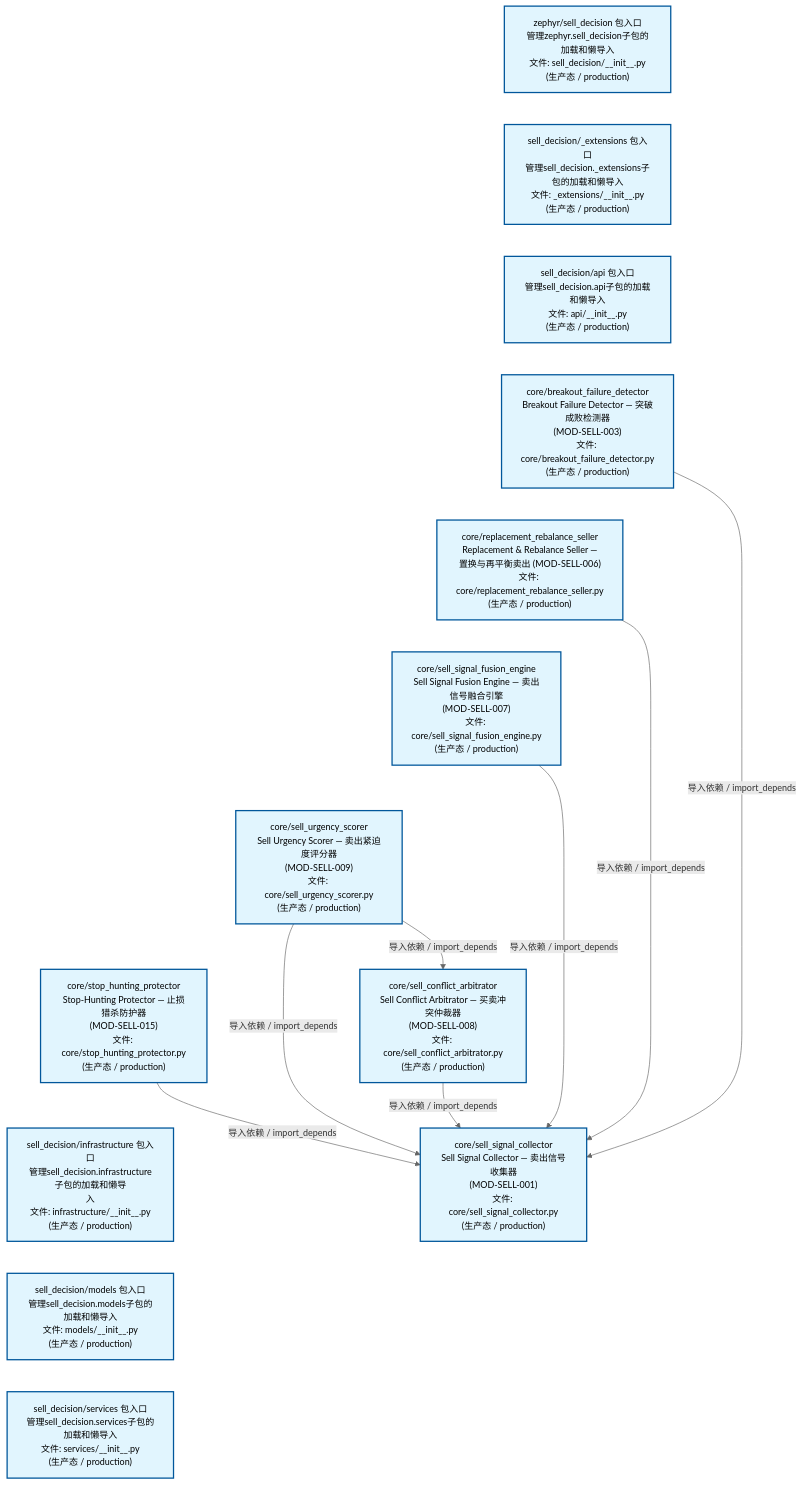
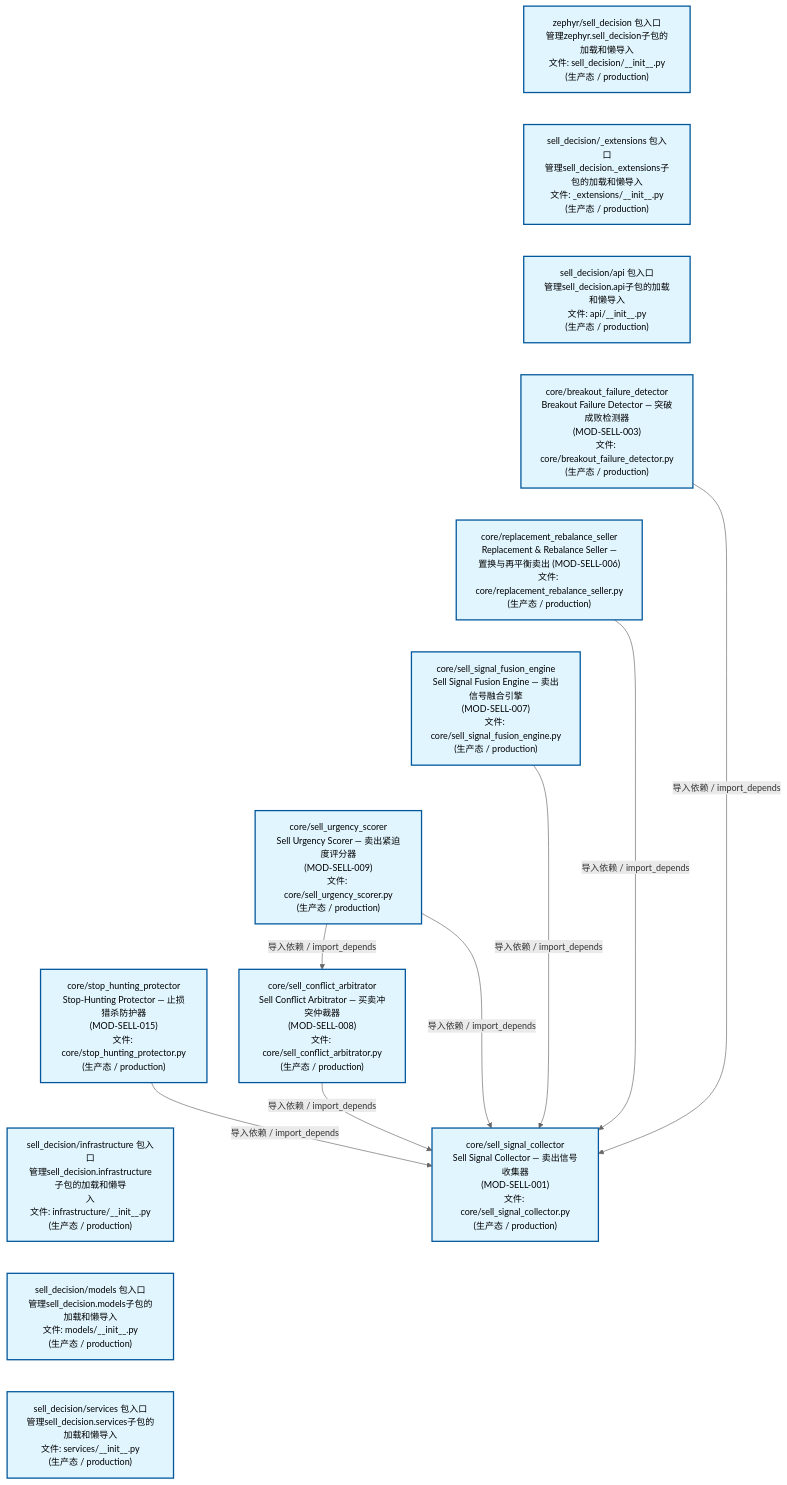
One commit to xuanFelixVan/ZephyrAlpha changed the second of 4 diagrams in docs/02_enterprise_architecture/02_domain_architecture_docs/67_d_sell_decision.md. Above: the diagram before and after it, drawn with Mermaid. The commit also changed other lines of this file and 147 other files, not shown here.

````diff
--- a/docs/02_enterprise_architecture/02_domain_architecture_docs/67_d_sell_decision.md
+++ b/docs/02_enterprise_architecture/02_domain_architecture_docs/67_d_sell_decision.md
@@ -152,39 +152,39 @@
 ```mermaid
 %%{init: {'theme': 'base', 'themeVariables': {'primaryColor': '#eaeaea', 'primaryTextColor': '#333333', 'primaryBorderColor': '#666666', 'lineColor': '#666666', 'secondaryColor': '#eaeaea', 'tertiaryColor': '#eaeaea', 'fontSize': '14px'}}}%%
 flowchart TD
     src_zephyr_sell_decision_init_py["zephyr/sell_decision 包入口<br/>管理zephyr.sell_decision子包的加载和懒导入<br/>文件: sell_decision/__init__.py<br/>(生产态 / production)"]
     src_zephyr_sell_decision_extensions_init_py["sell_decision/_extensions 包入口<br/>管理sell_decision._extensions子包的加载和懒导入<br/>文件: _extensions/__init__.py<br/>(生产态 / production)"]
     src_zephyr_sell_decision_api_init_py["sell_decision/api 包入口<br/>管理sell_decision.api子包的加载和懒导入<br/>文件: api/__init__.py<br/>(生产态 / production)"]
     src_zephyr_sell_decision_core_breakout_failure_detector_py["core/breakout_failure_detector<br/>Breakout Failure Detector — 突破成败检测器<br/>(MOD-SELL-003)<br/>文件: core/breakout_failure_detector.py<br/>(生产态 / production)"]
     src_zephyr_sell_decision_core_replacement_rebalance_seller_py["core/replacement_rebalance_seller<br/>Replacement & Rebalance Seller —<br/>置换与再平衡卖出 (MOD-SELL-006)<br/>文件: core/replacement_rebalance_seller.py<br/>(生产态 / production)"]
     src_zephyr_sell_decision_core_sell_signal_fusion_engine_py["core/sell_signal_fusion_engine<br/>Sell Signal Fusion Engine — 卖出信号融合引擎<br/>(MOD-SELL-007)<br/>文件: core/sell_signal_fusion_engine.py<br/>(生产态 / production)"]
     src_zephyr_sell_decision_core_sell_urgency_scorer_py["core/sell_urgency_scorer<br/>Sell Urgency Scorer — 卖出紧迫度评分器<br/>(MOD-SELL-009)<br/>文件: core/sell_urgency_scorer.py<br/>(生产态 / production)"]
     src_zephyr_sell_decision_core_stop_hunting_protector_py["core/stop_hunting_protector<br/>Stop-Hunting Protector — 止损猎杀防护器<br/>(MOD-SELL-015)<br/>文件: core/stop_hunting_protector.py<br/>(生产态 / production)"]
     src_zephyr_sell_decision_infrastructure_init_py["sell_decision/infrastructure 包入口<br/>管理sell_decision.infrastructure子包的加载和懒导<br/>入<br/>文件: infrastructure/__init__.py<br/>(生产态 / production)"]
     src_zephyr_sell_decision_models_init_py["sell_decision/models 包入口<br/>管理sell_decision.models子包的加载和懒导入<br/>文件: models/__init__.py<br/>(生产态 / production)"]
     src_zephyr_sell_decision_services_init_py["sell_decision/services 包入口<br/>管理sell_decision.services子包的加载和懒导入<br/>文件: services/__init__.py<br/>(生产态 / production)"]
     src_zephyr_sell_decision_init_py ~~~ src_zephyr_sell_decision_extensions_init_py
     src_zephyr_sell_decision_extensions_init_py ~~~ src_zephyr_sell_decision_api_init_py
     src_zephyr_sell_decision_api_init_py ~~~ src_zephyr_sell_decision_core_breakout_failure_detector_py
     src_zephyr_sell_decision_core_breakout_failure_detector_py ~~~ src_zephyr_sell_decision_core_replacement_rebalance_seller_py
     src_zephyr_sell_decision_core_replacement_rebalance_seller_py ~~~ src_zephyr_sell_decision_core_sell_signal_fusion_engine_py
     src_zephyr_sell_decision_core_sell_signal_fusion_engine_py ~~~ src_zephyr_sell_decision_core_sell_urgency_scorer_py
     src_zephyr_sell_decision_core_sell_urgency_scorer_py ~~~ src_zephyr_sell_decision_core_stop_hunting_protector_py
     src_zephyr_sell_decision_core_stop_hunting_protector_py ~~~ src_zephyr_sell_decision_infrastructure_init_py
     src_zephyr_sell_decision_infrastructure_init_py ~~~ src_zephyr_sell_decision_models_init_py
     src_zephyr_sell_decision_models_init_py ~~~ src_zephyr_sell_decision_services_init_py
     src_zephyr_sell_decision_core_sell_conflict_arbitrator_py["core/sell_conflict_arbitrator<br/>Sell Conflict Arbitrator — 买卖冲突仲裁器<br/>(MOD-SELL-008)<br/>文件: core/sell_conflict_arbitrator.py<br/>(生产态 / production)"]
     src_zephyr_sell_decision_core_sell_signal_collector_py["core/sell_signal_collector<br/>Sell Signal Collector — 卖出信号收集器<br/>(MOD-SELL-001)<br/>文件: core/sell_signal_collector.py<br/>(生产态 / production)"]
     src_zephyr_sell_decision_core_replacement_rebalance_seller_py -->|导入依赖 / import_depends| src_zephyr_sell_decision_core_sell_signal_collector_py
+    src_zephyr_sell_decision_core_sell_conflict_arbitrator_py -->|导入依赖 / import_depends| src_zephyr_sell_decision_core_sell_signal_collector_py
     src_zephyr_sell_decision_core_breakout_failure_detector_py -->|导入依赖 / import_depends| src_zephyr_sell_decision_core_sell_signal_collector_py
-    src_zephyr_sell_decision_core_sell_conflict_arbitrator_py -->|导入依赖 / import_depends| src_zephyr_sell_decision_core_sell_signal_collector_py
+    src_zephyr_sell_decision_core_sell_urgency_scorer_py -->|导入依赖 / import_depends| src_zephyr_sell_decision_core_sell_conflict_arbitrator_py
+    src_zephyr_sell_decision_core_sell_urgency_scorer_py -->|导入依赖 / import_depends| src_zephyr_sell_decision_core_sell_signal_collector_py
     src_zephyr_sell_decision_core_stop_hunting_protector_py -->|导入依赖 / import_depends| src_zephyr_sell_decision_core_sell_signal_collector_py
-    src_zephyr_sell_decision_core_sell_urgency_scorer_py -->|导入依赖 / import_depends| src_zephyr_sell_decision_core_sell_signal_collector_py
-    src_zephyr_sell_decision_core_sell_urgency_scorer_py -->|导入依赖 / import_depends| src_zephyr_sell_decision_core_sell_conflict_arbitrator_py
     src_zephyr_sell_decision_core_sell_signal_fusion_engine_py -->|导入依赖 / import_depends| src_zephyr_sell_decision_core_sell_signal_collector_py
     classDef production fill:#e1f5fe,stroke:#01579b,stroke-width:2px,color:#000
     classDef design fill:#fff3e0,stroke:#e65100,stroke-width:2px,color:#000,stroke-dasharray: 5 5
     classDef external_prod fill:#e8f4fd,stroke:#0277bd,stroke-width:1px,color:#000
     classDef external_design fill:#fff8e7,stroke:#ef6c00,stroke-width:1px,color:#000,stroke-dasharray: 5 5
     class src_zephyr_sell_decision_init_py,src_zephyr_sell_decision_extensions_init_py,src_zephyr_sell_decision_api_init_py,src_zephyr_sell_decision_core_breakout_failure_detector_py,src_zephyr_sell_decision_core_replacement_rebalance_seller_py,src_zephyr_sell_decision_core_sell_conflict_arbitrator_py,src_zephyr_sell_decision_core_sell_signal_collector_py,src_zephyr_sell_decision_core_sell_signal_fusion_engine_py,src_zephyr_sell_decision_core_sell_urgency_scorer_py,src_zephyr_sell_decision_core_stop_hunting_protector_py,src_zephyr_sell_decision_infrastructure_init_py,src_zephyr_sell_decision_models_init_py,src_zephyr_sell_decision_services_init_py production
 ```
````
